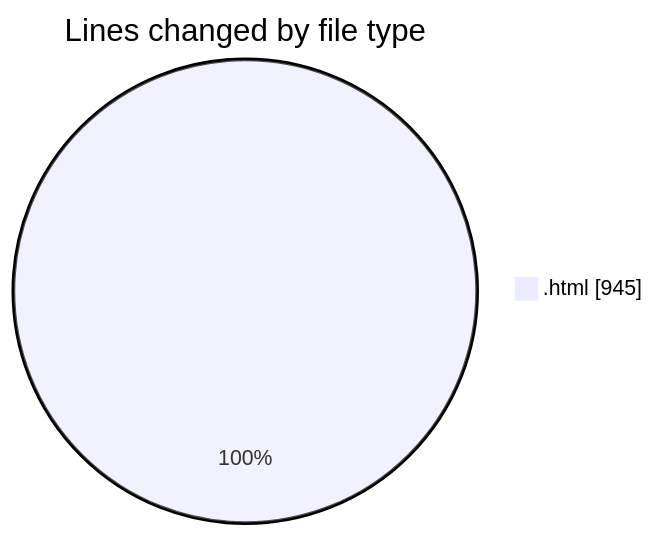
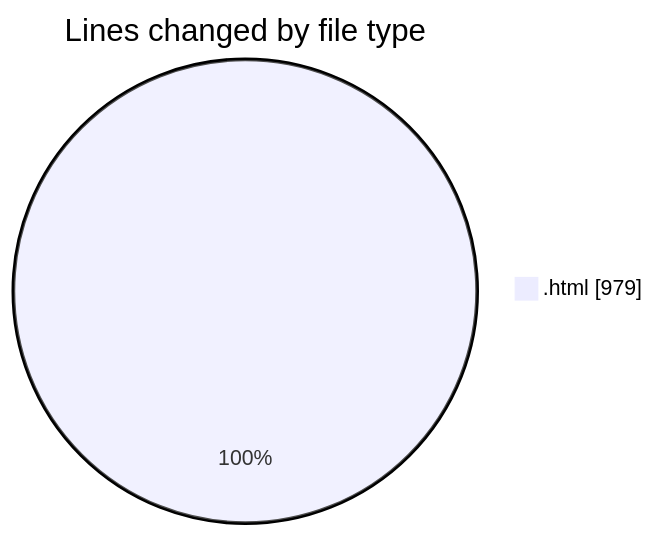
The first of 2 diagrams in 2025-04-17/horizon/README.md (vahidmafi/code-tracking), drawn with Mermaid before and after one commit. The commit also changed other lines of this file and 1 other file, not shown here.

````diff
--- a/2025-04-17/horizon/README.md
+++ b/2025-04-17/horizon/README.md
@@ -21,5 +21,5 @@
 ```mermaid
 pie showData
 title Lines changed by file type
-".html" : 945
+".html" : 979
 ```
````
